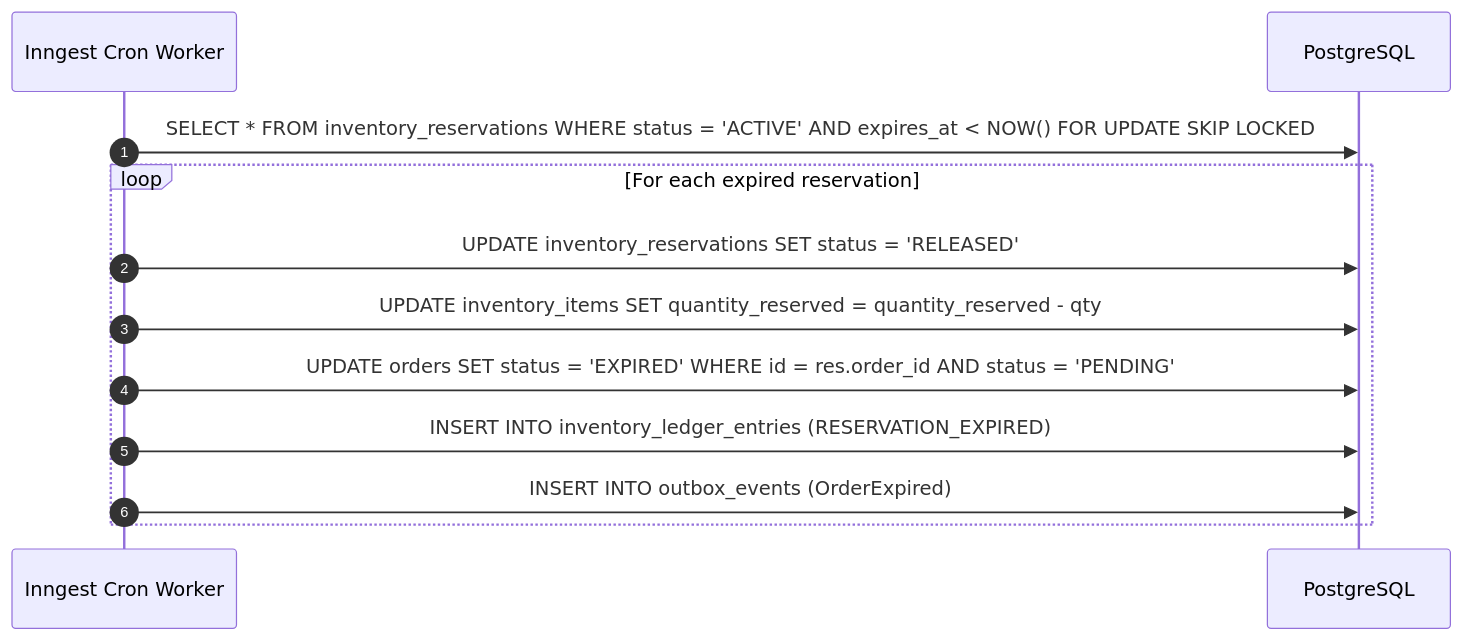
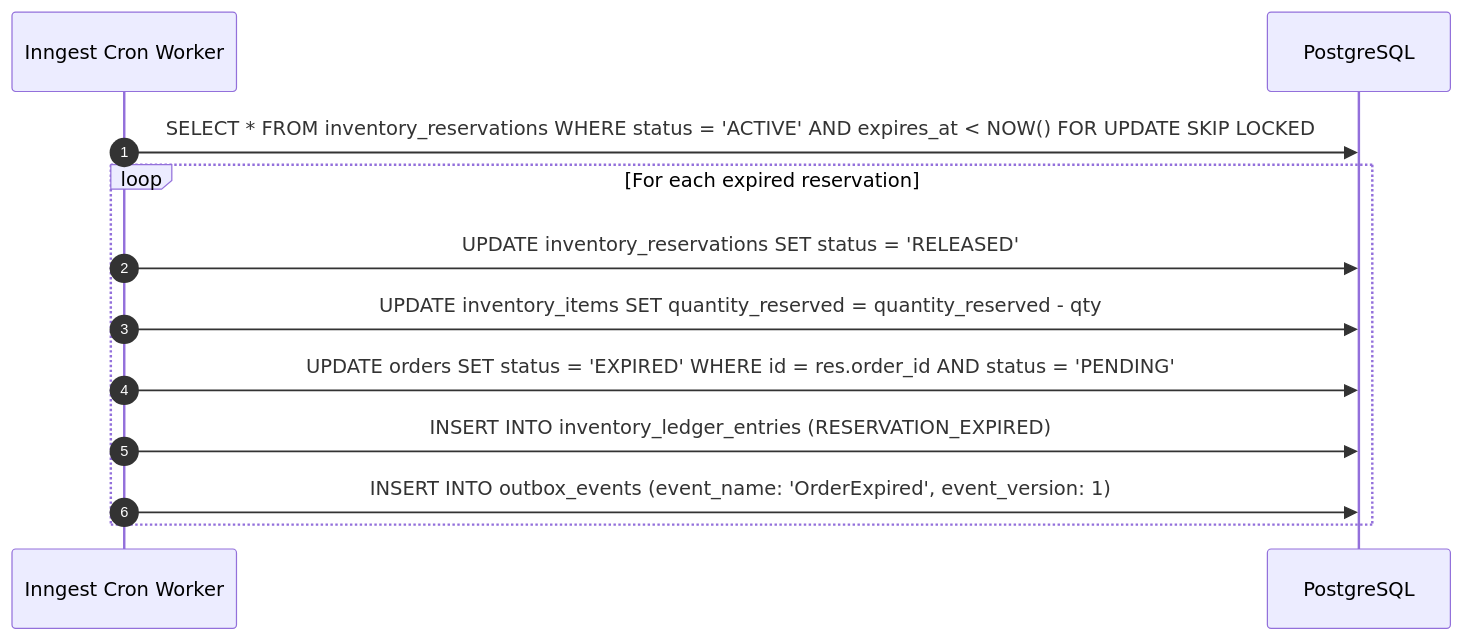
Before and after one commit to SaeBryxn/GamerPeru-Vercel: diagram 12 of 15 in docs/architecture/COMMERCE_DOMAIN_MODEL.md, drawn with Mermaid. The commit also changed other lines of this file and 1 other file, not shown here.

Commit message:
docs: finalize GP-004 schema readiness

````diff
--- a/docs/architecture/COMMERCE_DOMAIN_MODEL.md
+++ b/docs/architecture/COMMERCE_DOMAIN_MODEL.md
@@ -1364,15 +1420,15 @@
 ```mermaid
 sequenceDiagram
     autonumber
     participant Inngest as Inngest Cron Worker
     participant DB as PostgreSQL
 
     Inngest->>DB: SELECT * FROM inventory_reservations WHERE status = 'ACTIVE' AND expires_at < NOW() FOR UPDATE SKIP LOCKED
     loop For each expired reservation
         Inngest->>DB: UPDATE inventory_reservations SET status = 'RELEASED'
         Inngest->>DB: UPDATE inventory_items SET quantity_reserved = quantity_reserved - qty
         Inngest->>DB: UPDATE orders SET status = 'EXPIRED' WHERE id = res.order_id AND status = 'PENDING'
         Inngest->>DB: INSERT INTO inventory_ledger_entries (RESERVATION_EXPIRED)
-        Inngest->>DB: INSERT INTO outbox_events (OrderExpired)
+        Inngest->>DB: INSERT INTO outbox_events (event_name: 'OrderExpired', event_version: 1)
     end
 ```
````
